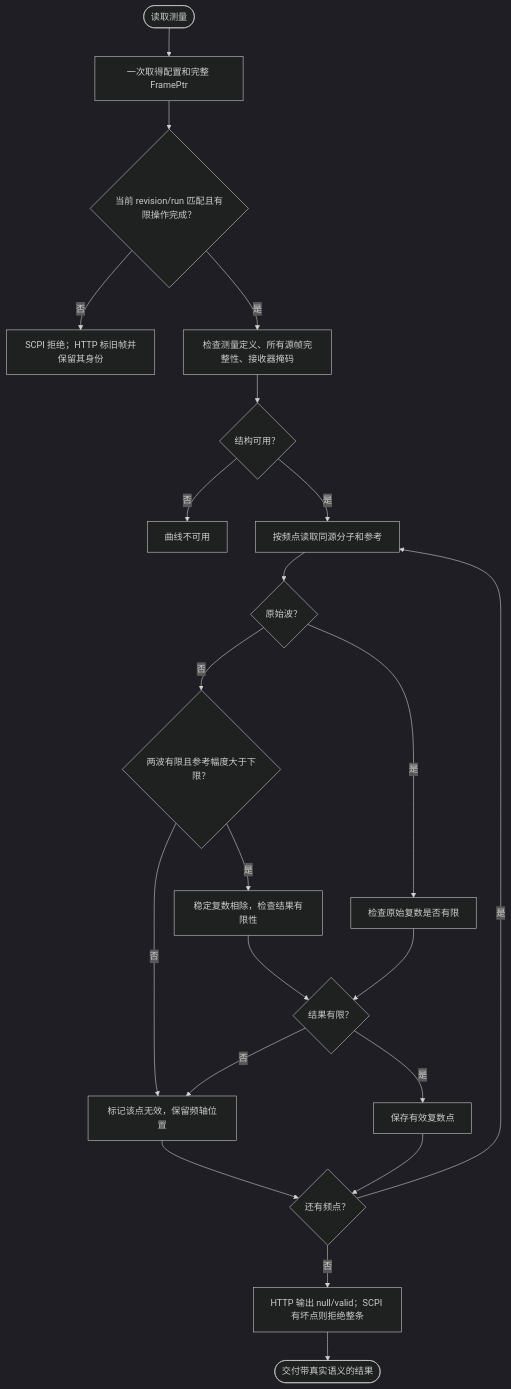
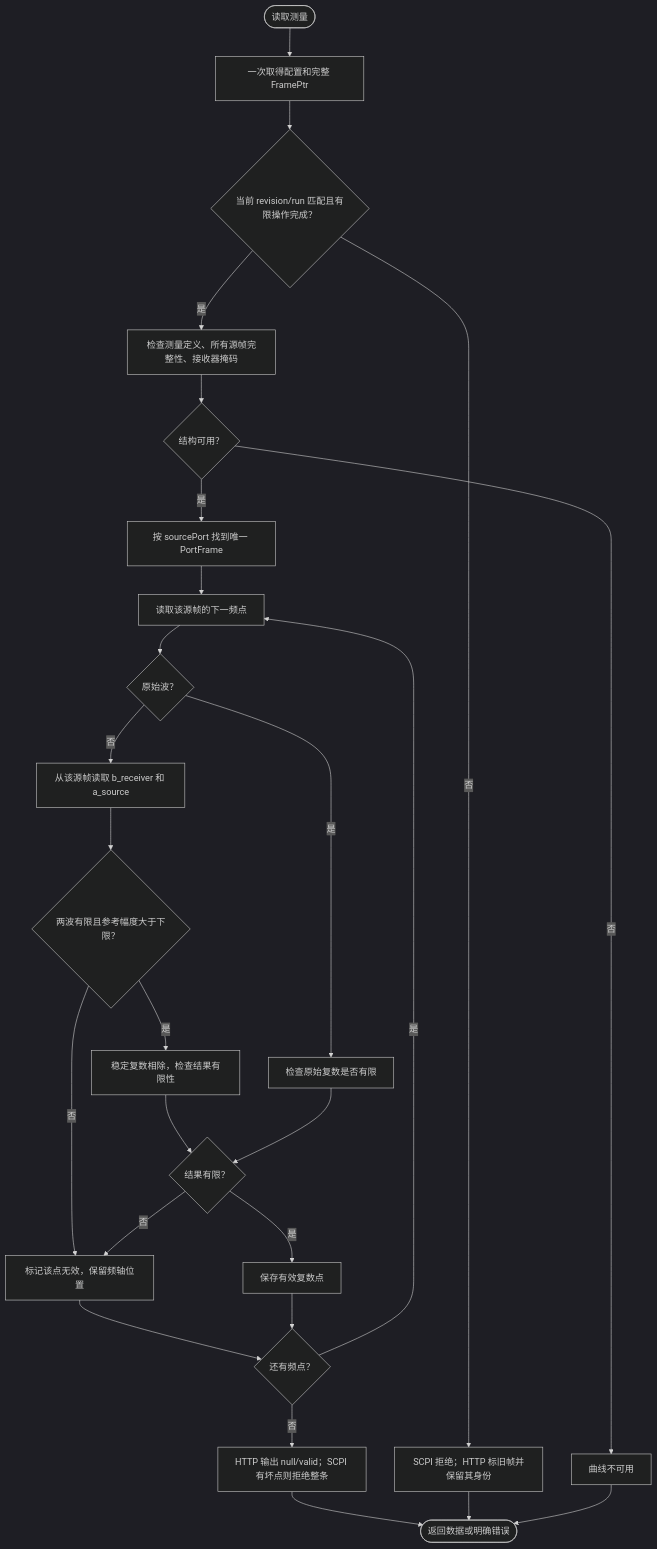
One commit to aniping/VnaPro changed the third of 3 diagrams in docs/未校准S参数测量设计.md. Above: the diagram before and after it, drawn with Mermaid (dark theme). The commit also changed other lines of this file and 5 other files, not shown here.

````diff
--- a/docs/未校准S参数测量设计.md
+++ b/docs/未校准S参数测量设计.md
@@ -60,24 +109,28 @@
 ```mermaid
 flowchart TD
     request([读取测量]) --> snapshot[一次取得配置和完整 FramePtr]
     snapshot --> current{当前 revision/run 匹配且有限操作完成？}
     current -->|否| stale[SCPI 拒绝；HTTP 标旧帧并保留其身份]
     current -->|是| check[检查测量定义、所有源帧完整性、接收器掩码]
     check --> structure{结构可用？}
     structure -->|否| unavailable[曲线不可用]
-    structure -->|是| point[按频点读取同源分子和参考]
+    structure -->|是| source[按 sourcePort 找到唯一 PortFrame]
+    source --> point[读取该源帧的下一频点]
     point --> kind{原始波？}
     kind -->|是| raw[检查原始复数是否有限]
-    kind -->|否| reference{两波有限且参考幅度大于下限？}
+    kind -->|否| waves[从该源帧读取 b_receiver 和 a_source]
+    waves --> reference{两波有限且参考幅度大于下限？}
     reference -->|否| bad[标记该点无效，保留频轴位置]
     reference -->|是| ratio[稳定复数相除，检查结果有限性]
     ratio --> finite{结果有限？}
     finite -->|否| bad
     finite -->|是| valid[保存有效复数点]
     raw --> finite
     bad --> next{还有频点？}
     valid --> next
     next -->|是| point
     next -->|否| output[HTTP 输出 null/valid；SCPI 有坏点则拒绝整条]
-    output --> done([交付带真实语义的结果])
+    output --> done([返回数据或明确错误])
+    stale --> done
+    unavailable --> done
 ```
````
